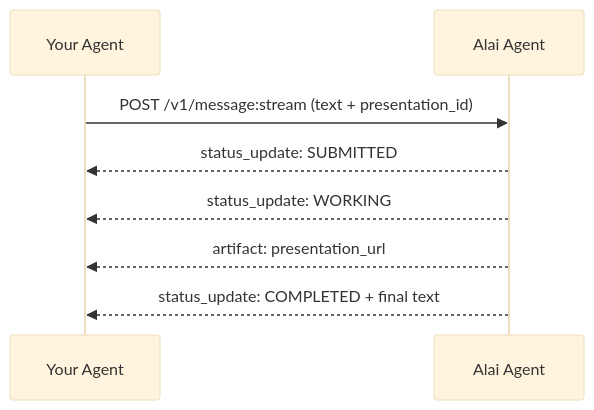
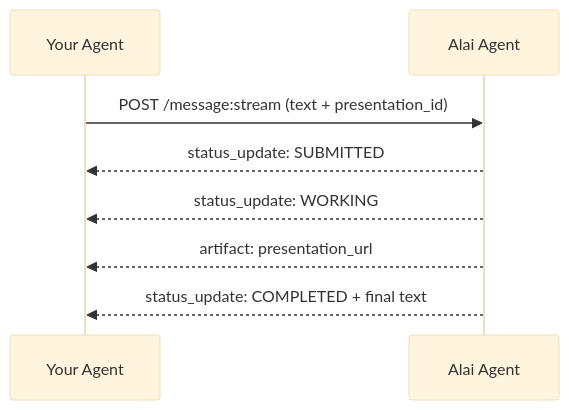
Before and after one commit to getalai/docs: the diagram in api/a2a.mdx, drawn with Mermaid (base theme). The commit also changed other lines of this file, not shown here.

````diff
--- a/api/a2a.mdx
+++ b/api/a2a.mdx
@@ -197,11 +197,11 @@
 ```mermaid
 sequenceDiagram
     participant Client as Your Agent
     participant Agent as Alai Agent
 
-    Client->>Agent: POST /v1/message:stream (text + presentation_id)
+    Client->>Agent: POST /message:stream (text + presentation_id)
     Agent-->>Client: status_update: SUBMITTED
     Agent-->>Client: status_update: WORKING
     Agent-->>Client: artifact: presentation_url
     Agent-->>Client: status_update: COMPLETED + final text
 ```
````
